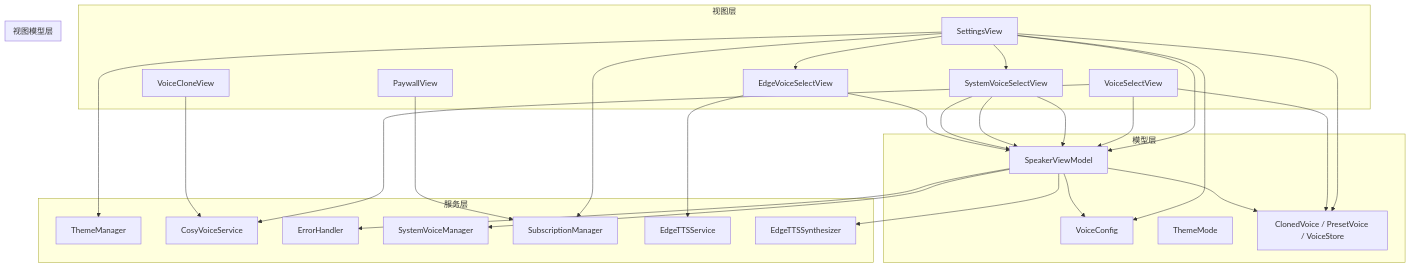
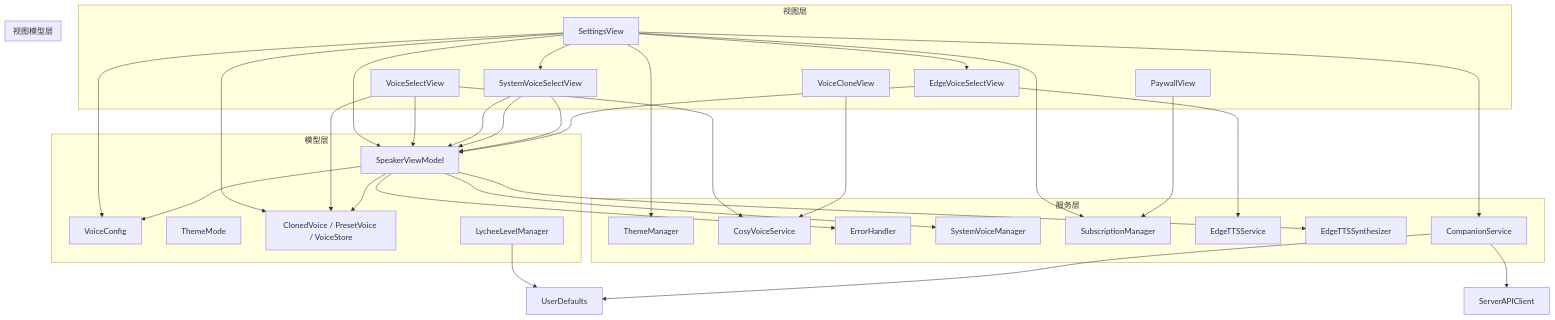
One commit to Primoguo/VoiceReader changed the first of 17 diagrams in .qoder/repowiki/zh/content/用户界面设计/设置界面/设置界面.md. Above: the diagram before and after it, drawn with Mermaid. The commit also changed other lines of this file and 92 other files, not shown here.

````diff
--- a/.qoder/repowiki/zh/content/用户界面设计/设置界面/设置界面.md
+++ b/.qoder/repowiki/zh/content/用户界面设计/设置界面/设置界面.md
@@ -65,51 +69,57 @@
 ```mermaid
 graph TB
 subgraph "视图层"
 SV["SettingsView"]
 PV["PaywallView"]
 VSV["VoiceSelectView"]
 VCV["VoiceCloneView"]
 SYSVS["SystemVoiceSelectView"]
 EVSV["EdgeVoiceSelectView"]
 end
 subgraph "模型层"
 VC["VoiceConfig"]
 TV["ThemeMode"]
 CV["ClonedVoice / PresetVoice / VoiceStore"]
 SVM["SystemVoiceInfo"]
+LLM["LycheeLevelManager"]
 end
 subgraph "服务层"
 TM["ThemeManager"]
 CVS["CosyVoiceService"]
 EH["ErrorHandler"]
 SYSVM["SystemVoiceManager"]
 SM["SubscriptionManager"]
 ETS["EdgeTTSService"]
 ETSS["EdgeTTSSynthesizer"]
+CS["CompanionService"]
 end
 subgraph "视图模型层"
 SVM["SpeakerViewModel"]
 end
 SV --> SVM
 SV --> TM
 SV --> VC
 SV --> CV
 SV --> SYSVS
 SV --> EVSV
 SV --> SM
+SV --> CS
 PV --> SM
 VSV --> SVM
 VSV --> CV
 VSV --> CVS
 VCV --> CVS
 SYSVS --> SVM
 SYSVS --> SVM
 SYSVS --> SVM
 EVSV --> SVM
 EVSV --> ETS
 SVM --> VC
 SVM --> CV
 SVM --> EH
 SVM --> SYSVM
 SVM --> ETSS
+LLM --> UserDefaults
+CS --> UserDefaults
+CS --> ServerAPIClient
 ```
````
